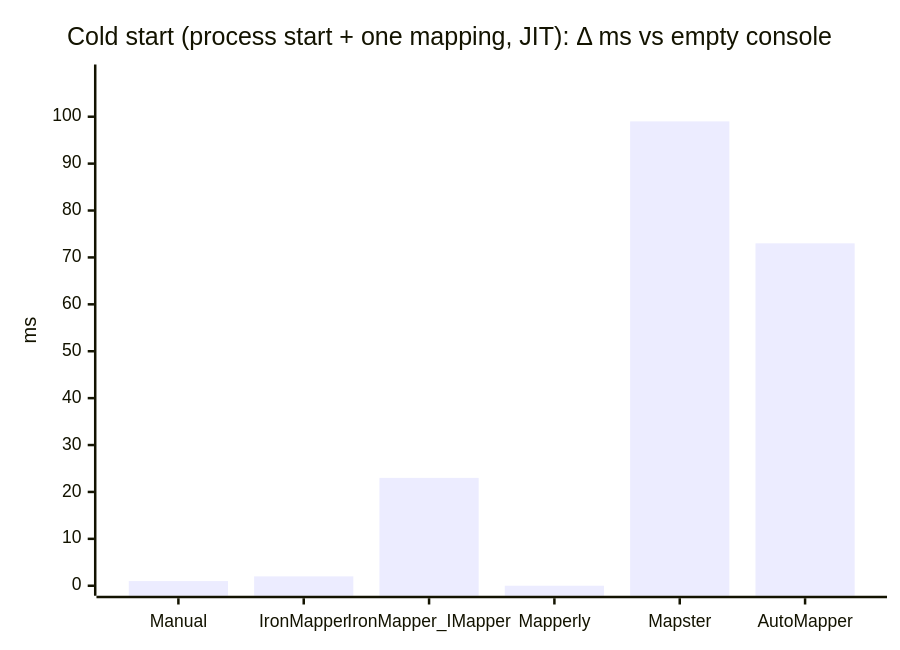
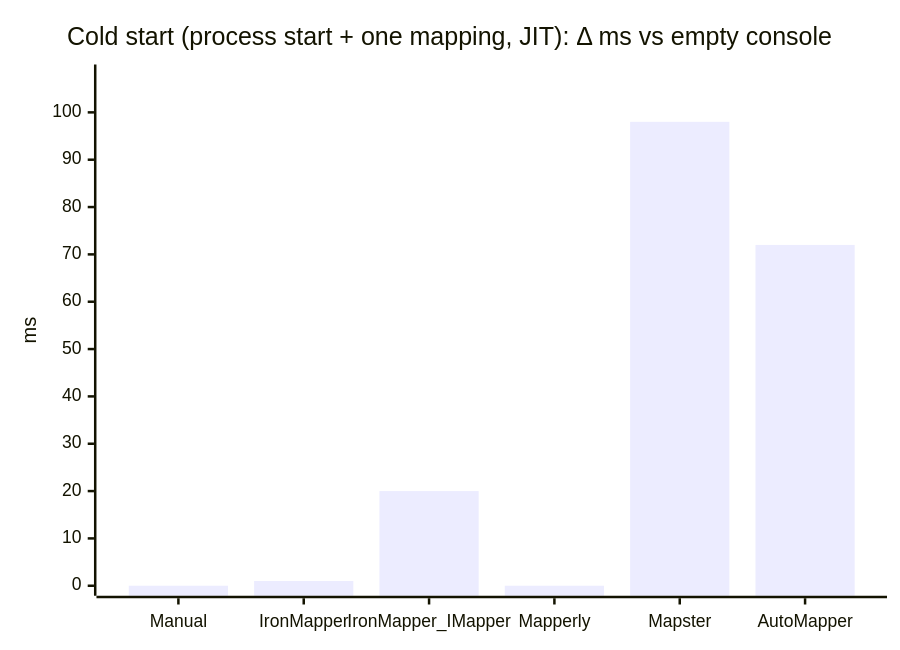
The fourth of 5 diagrams in benchmarks/results/RESULTS.md (iron-mapper/IronMapper), drawn with Mermaid before and after one commit. The commit also changed other lines of this file and 42 other files, not shown here.

````diff
--- a/benchmarks/results/RESULTS.md
+++ b/benchmarks/results/RESULTS.md
@@ -72,7 +247,7 @@
 ```mermaid
 xychart-beta
     title "Cold start (process start + one mapping, JIT): Δ ms vs empty console"
     x-axis ["Manual", "IronMapper", "IronMapper_IMapper", "Mapperly", "Mapster", "AutoMapper"]
-    y-axis "ms" 0 --> 109
-    bar [1, 2, 23, 0, 99, 73]
+    y-axis "ms" 0 --> 108
+    bar [0, 1, 20, 0, 98, 72]
 ```
````
